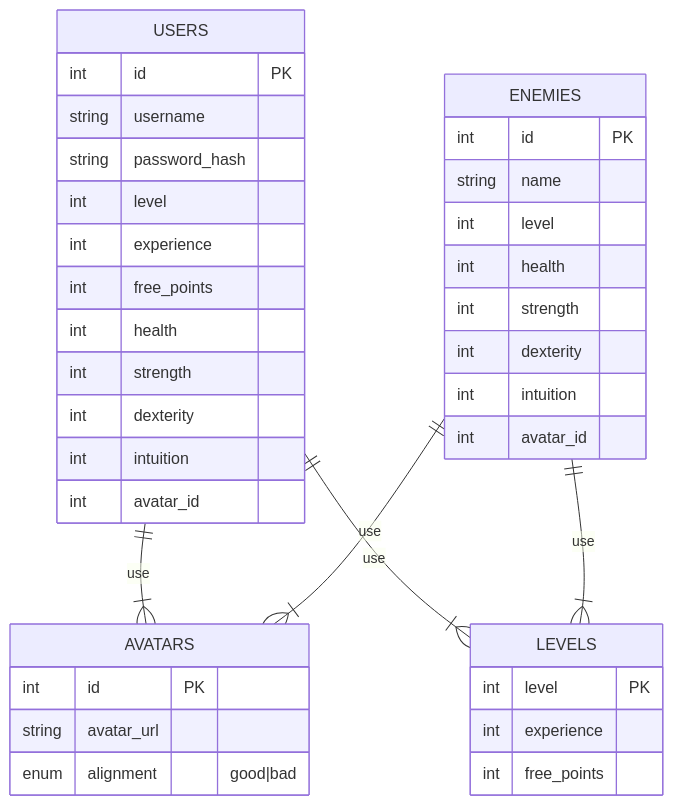
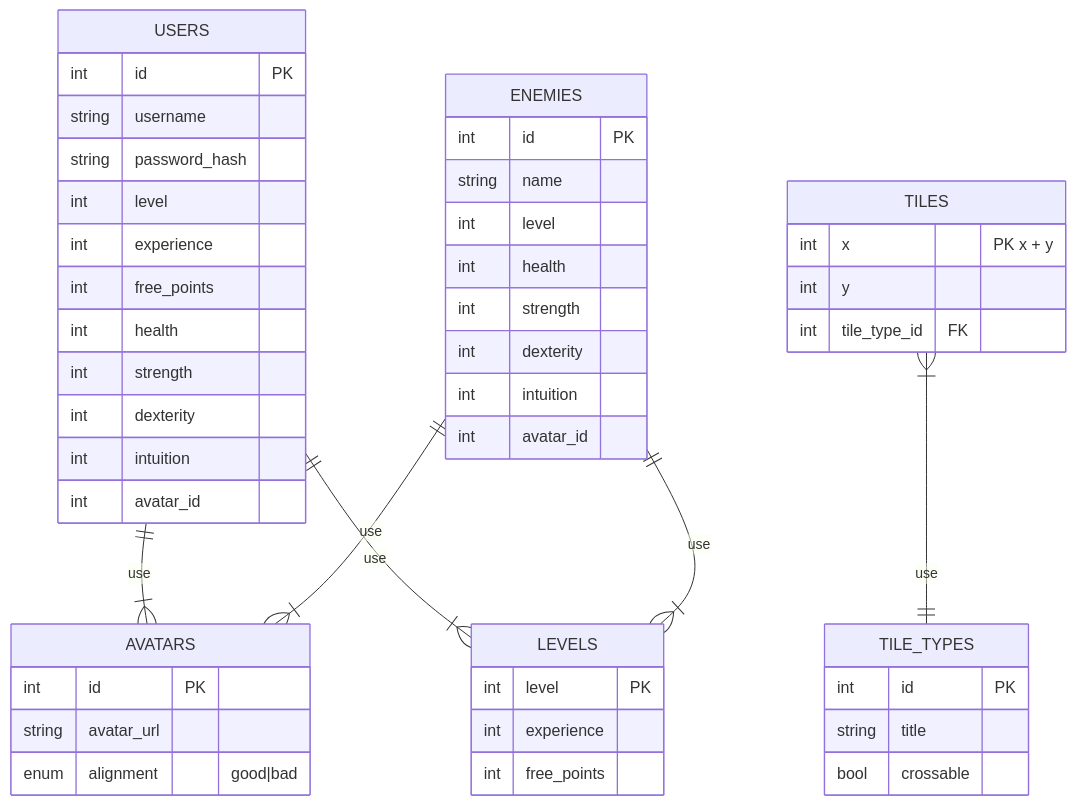
The diagram in README.md (arkadiyshin/fighter), drawn with Mermaid before and after one commit.

Commit message:
Added tile table to ER Diagram

````diff
--- a/README.md
+++ b/README.md
@@ -16,47 +16,58 @@
 ```mermaid
 erDiagram
 
 USERS ||--|{ AVATARS : "use"
 ENEMIES ||--|{ AVATARS : "use"
 USERS ||--|{ LEVELS : "use"
 ENEMIES ||--|{ LEVELS : "use"
-
+TILES |{--|| TILE_TYPES : "use"
 
 USERS{
   int id PK
   string username
   string password_hash
   int level
   int experience
   int free_points
   int health
   int strength
   int dexterity
   int intuition
   int avatar_id
 }
 
 ENEMIES{
   int id PK
   string name
   int level
   int health
   int strength
   int dexterity
   int intuition
   int avatar_id
 }
 
 AVATARS{
   int id PK
   string avatar_url
   enum alignment "good|bad"
 }
 
 LEVELS{
   int level PK
   int experience
   int free_points
 }
 
+TILE_TYPES{
+  int id PK
+  string title
+  bool crossable
+}
+
+TILES{
+  int x "PK x + y"
+  int y
+  int tile_type_id FK
+}
 ```
````
